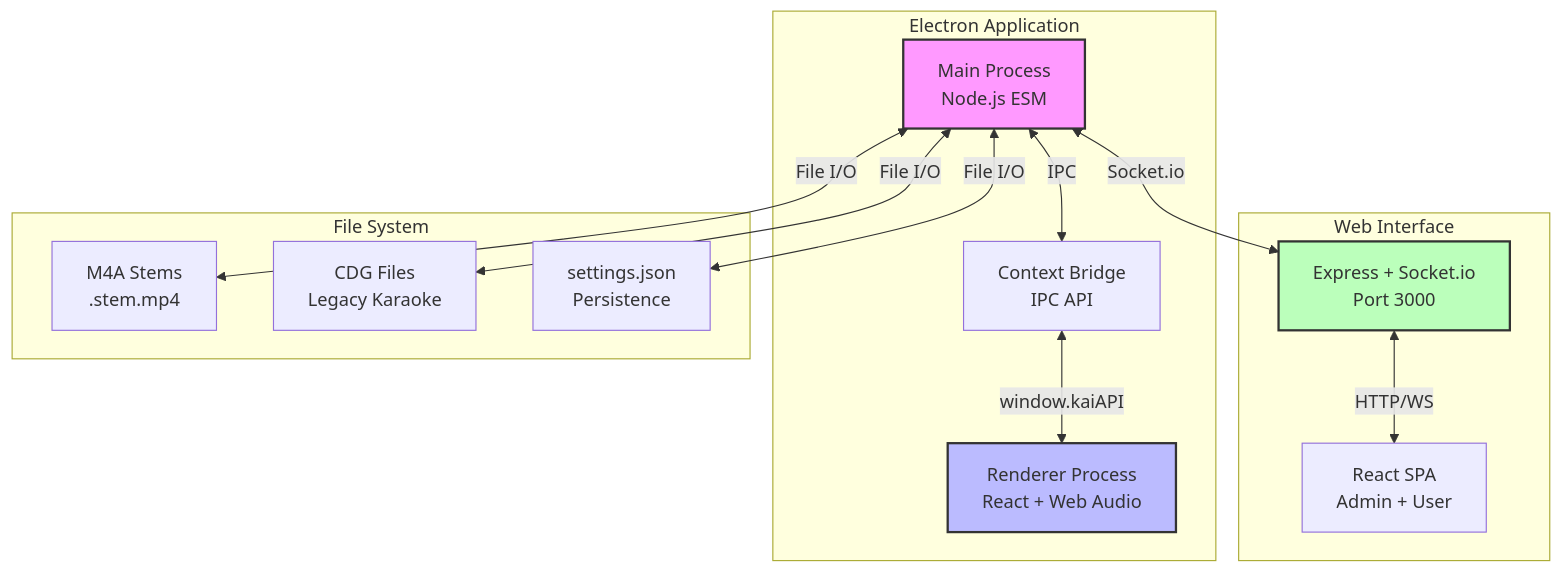
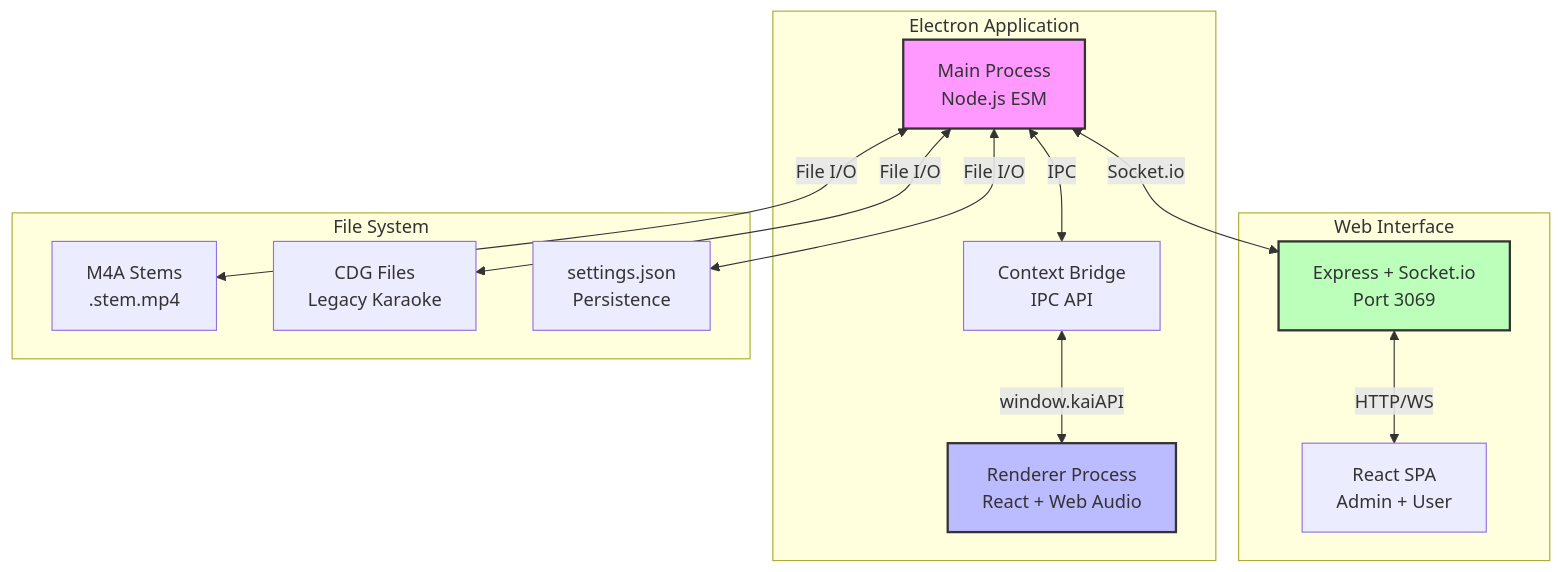
Before and after one commit to monteslu/loukai: the first of 5 diagrams in docs/architecture.md, drawn with Mermaid. The commit also changed other lines of this file, not shown here.

First line of the commit message:
docs: accurate audio engine & routing architecture

````diff
--- a/docs/architecture.md
+++ b/docs/architecture.md
@@ -15,31 +15,31 @@
 ```mermaid
 graph TB
     subgraph "Electron Application"
         Main[Main Process<br/>Node.js ESM]
         Renderer[Renderer Process<br/>React + Web Audio]
         Preload[Context Bridge<br/>IPC API]
     end
 
     subgraph "Web Interface"
-        WebServer[Express + Socket.io<br/>Port 3000]
+        WebServer[Express + Socket.io<br/>Port 3069]
         WebUI[React SPA<br/>Admin + User]
     end
 
     subgraph "File System"
         M4A[M4A Stems<br/>.stem.mp4]
         CDG[CDG Files<br/>Legacy Karaoke]
         Settings[settings.json<br/>Persistence]
     end
 
     Main <-->|IPC| Preload
     Preload <-->|window.kaiAPI| Renderer
     Main <-->|Socket.io| WebServer
     WebServer <-->|HTTP/WS| WebUI
     Main <-->|File I/O| M4A
     Main <-->|File I/O| CDG
     Main <-->|File I/O| Settings
 
     style Main fill:#f9f,stroke:#333,stroke-width:2px
     style Renderer fill:#bbf,stroke:#333,stroke-width:2px
     style WebServer fill:#bfb,stroke:#333,stroke-width:2px
 ```
````
